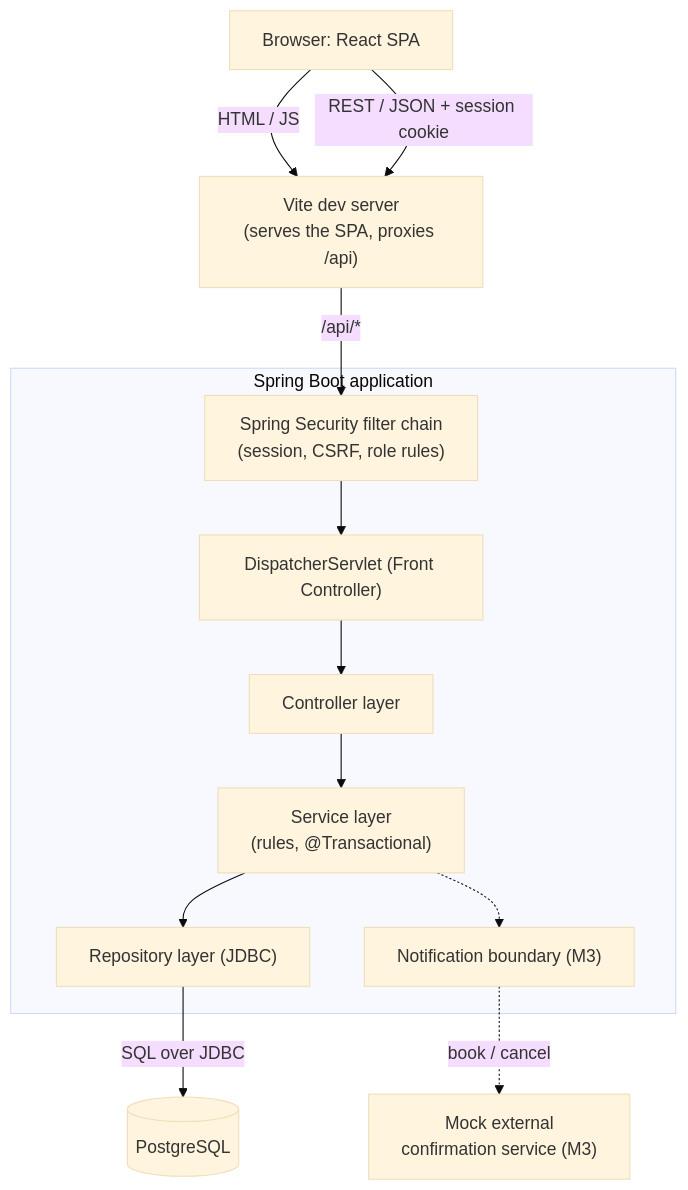
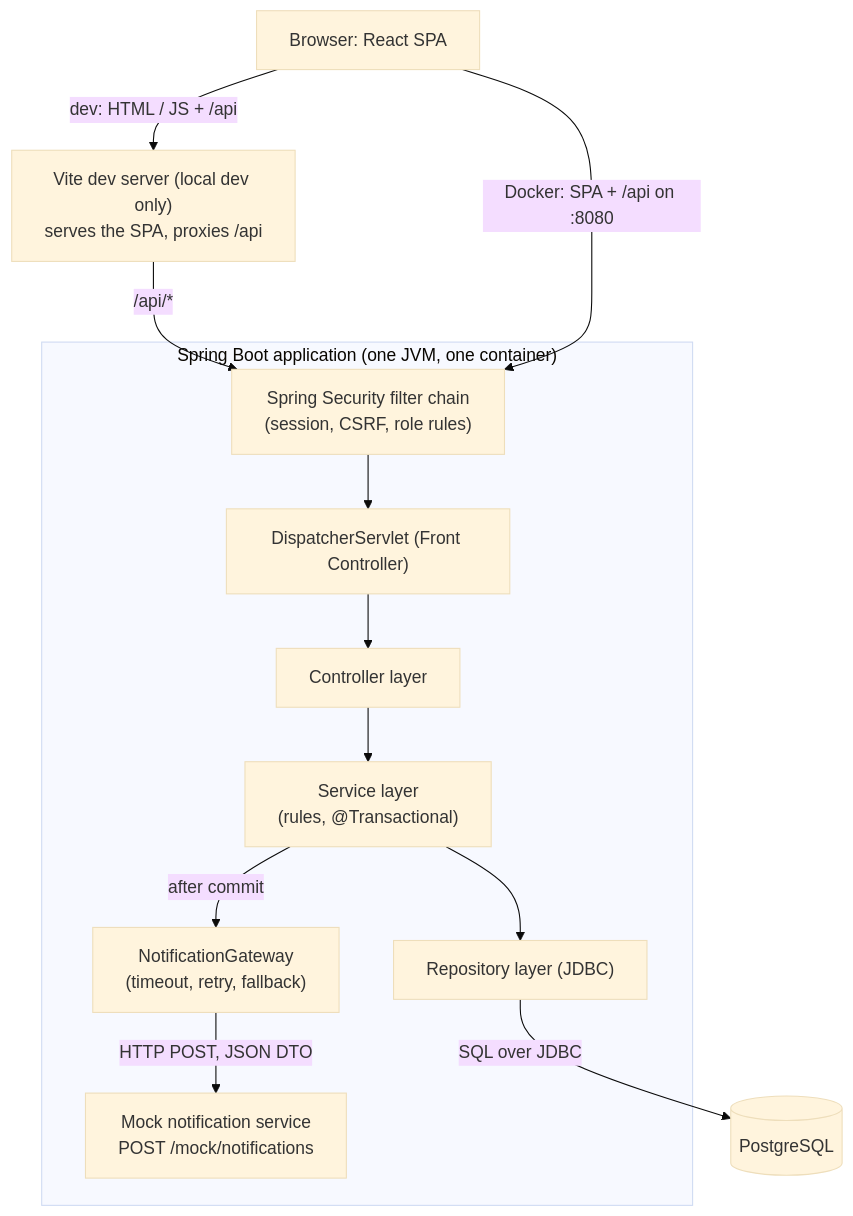
One commit to weslayer/cmpe172 changed the first of 3 diagrams in docs/architecture.md. Above: the diagram before and after it, drawn with Mermaid (base theme). The commit also changed other lines of this file and 4 other files, not shown here.

Commit message:
document the notification boundary, operations, and docker setup

````diff
--- a/docs/architecture.md
+++ b/docs/architecture.md
@@ -5,25 +5,25 @@
 ```mermaid
 flowchart TB
     browser["Browser: React SPA"]
-    vite["Vite dev server<br/>(serves the SPA, proxies /api)"]
+    vite["Vite dev server (local dev only)<br/>serves the SPA, proxies /api"]
 
-    subgraph app["Spring Boot application"]
+    subgraph app["Spring Boot application (one JVM, one container)"]
         sec["Spring Security filter chain<br/>(session, CSRF, role rules)"]
         fc["DispatcherServlet (Front Controller)"]
         ctrl["Controller layer"]
         svc["Service layer<br/>(rules, @Transactional)"]
         repo["Repository layer (JDBC)"]
+        gw["NotificationGateway<br/>(timeout, retry, fallback)"]
+        mock["Mock notification service<br/>POST /mock/notifications"]
         sec --> fc --> ctrl --> svc --> repo
-        notif["Notification boundary (M3)"]
-        svc -.-> notif
+        svc -->|after commit| gw
     end
 
     db[("PostgreSQL")]
-    ext["Mock external<br/>confirmation service (M3)"]
 
-    browser -->|HTML / JS| vite
-    browser -->|REST / JSON + session cookie| vite
+    browser -->|dev: HTML / JS + /api| vite
     vite -->|/api/*| sec
+    browser -->|Docker: SPA + /api on :8080| sec
     repo -->|SQL over JDBC| db
-    notif -.->|book / cancel| ext
+    gw -->|HTTP POST, JSON DTO| mock
 ```
````
